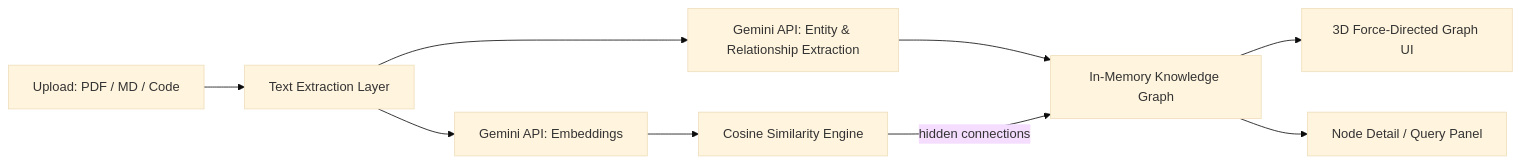
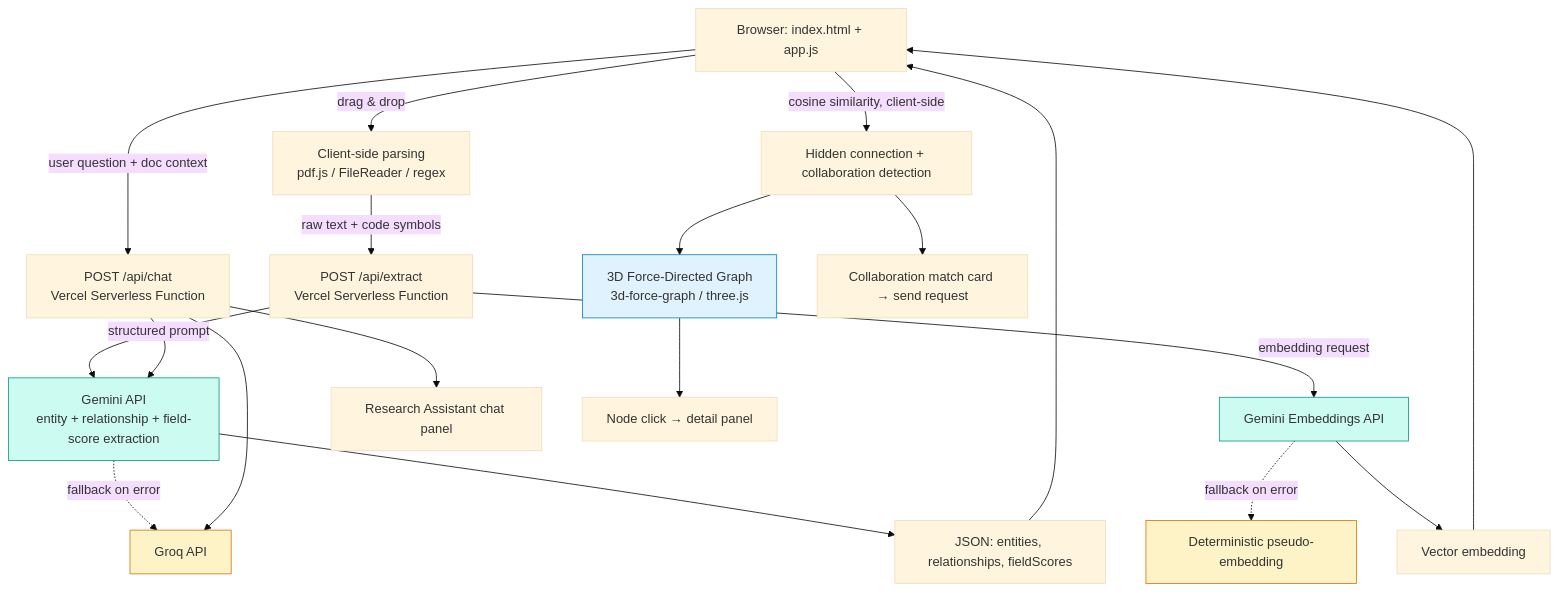
The diagram in README.md (Aarav200/graphis), drawn with Mermaid (base theme) before and after one commit. The commit also changed other lines of this file, not shown here.

````diff
--- a/README.md
+++ b/README.md
@@ -40,11 +42,27 @@
 ```mermaid
-flowchart LR
-    A[Upload: PDF / MD / Code] --> B[Text Extraction Layer]
-    B --> C[Gemini API: Entity & Relationship Extraction]
-    B --> D[Gemini API: Embeddings]
-    C --> E[In-Memory Knowledge Graph]
-    D --> F[Cosine Similarity Engine]
-    F -->|hidden connections| E
-    E --> G[3D Force-Directed Graph UI]
-    E --> H[Node Detail / Query Panel]
+flowchart TD
+    A[Browser: index.html + app.js] -->|drag & drop| B[Client-side parsing<br/>pdf.js / FileReader / regex]
+    B -->|raw text + code symbols| C[POST /api/extract<br/>Vercel Serverless Function]
+    C -->|structured prompt| D[Gemini API<br/>entity + relationship + field-score extraction]
+    C -->|embedding request| E[Gemini Embeddings API]
+    D -.fallback on error.-> F[Groq API]
+    E -.fallback on error.-> G[Deterministic pseudo-embedding]
+    D --> H[JSON: entities, relationships, fieldScores]
+    E --> I[Vector embedding]
+    H --> A
+    I --> A
+    A -->|cosine similarity, client-side| J[Hidden connection + collaboration detection]
+    J --> K[3D Force-Directed Graph<br/>3d-force-graph / three.js]
+    A -->|user question + doc context| L[POST /api/chat<br/>Vercel Serverless Function]
+    L --> D
+    L --> F
+    L --> A2[Research Assistant chat panel]
+    K --> M[Node click → detail panel]
+    J --> N[Collaboration match card → send request]
+
+    style D fill:#ccfbf1,stroke:#0d9488
+    style E fill:#ccfbf1,stroke:#0d9488
+    style F fill:#fef3c7,stroke:#d97706
+    style G fill:#fef3c7,stroke:#d97706
+    style K fill:#e0f2fe,stroke:#0284c7
 ```
````
